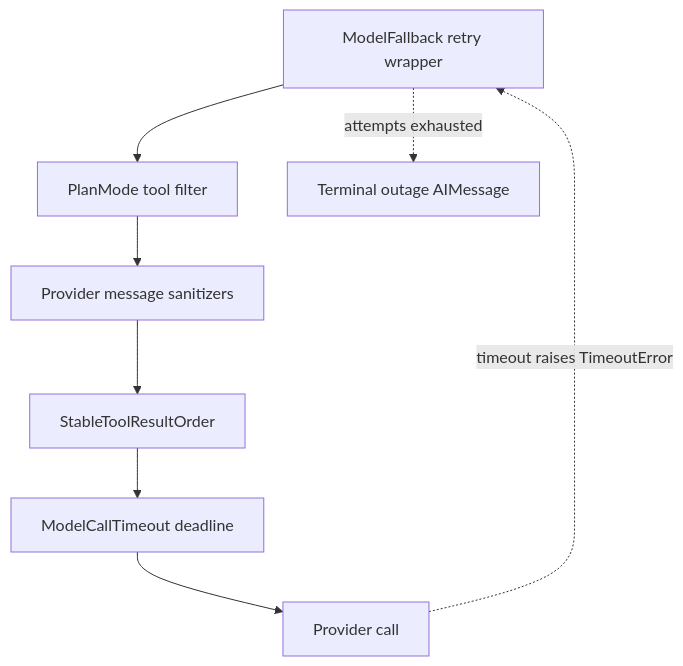
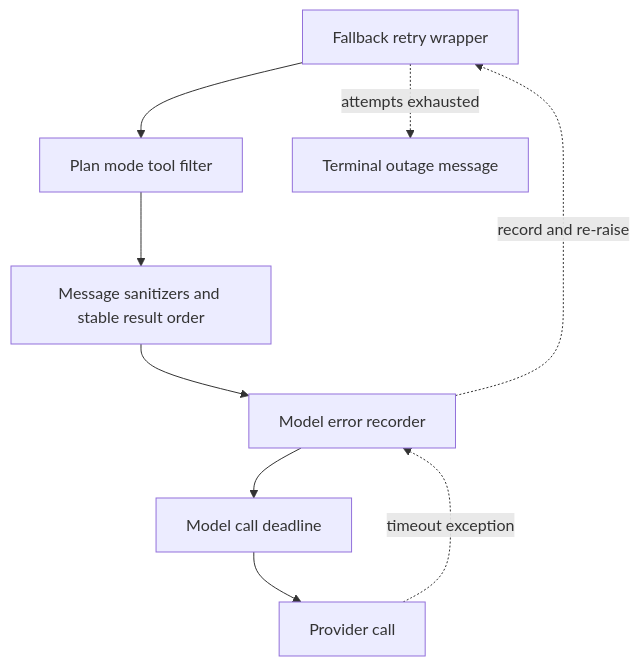
Before and after one commit to langchain-ai/open-swe: the diagram in openwiki/architecture/middleware-stack.md, drawn with Mermaid. The commit also changed other lines of this file and 52 other files, not shown here.

````diff
--- a/openwiki/architecture/middleware-stack.md
+++ b/openwiki/architecture/middleware-stack.md
@@ -94,10 +93,11 @@
 ```mermaid
 flowchart TD
-  Fallback["ModelFallback retry wrapper"] --> Plan["PlanMode tool filter"]
-  Plan --> Sanitize["Provider message sanitizers"]
-  Sanitize --> Stable["StableToolResultOrder"]
-  Stable --> Deadline["ModelCallTimeout deadline"]
+  Fallback["Fallback retry wrapper"] --> Plan["Plan mode tool filter"]
+  Plan --> Clean["Message sanitizers and stable result order"]
+  Clean --> Errors["Model error recorder"]
+  Errors --> Deadline["Model call deadline"]
   Deadline --> Provider["Provider call"]
-  Provider -. "timeout raises TimeoutError" .-> Fallback
-  Fallback -. "attempts exhausted" .-> Outage["Terminal outage AIMessage"]
+  Provider -. "timeout exception" .-> Errors
+  Errors -. "record and re-raise" .-> Fallback
+  Fallback -. "attempts exhausted" .-> Outage["Terminal outage message"]
 ```
````
